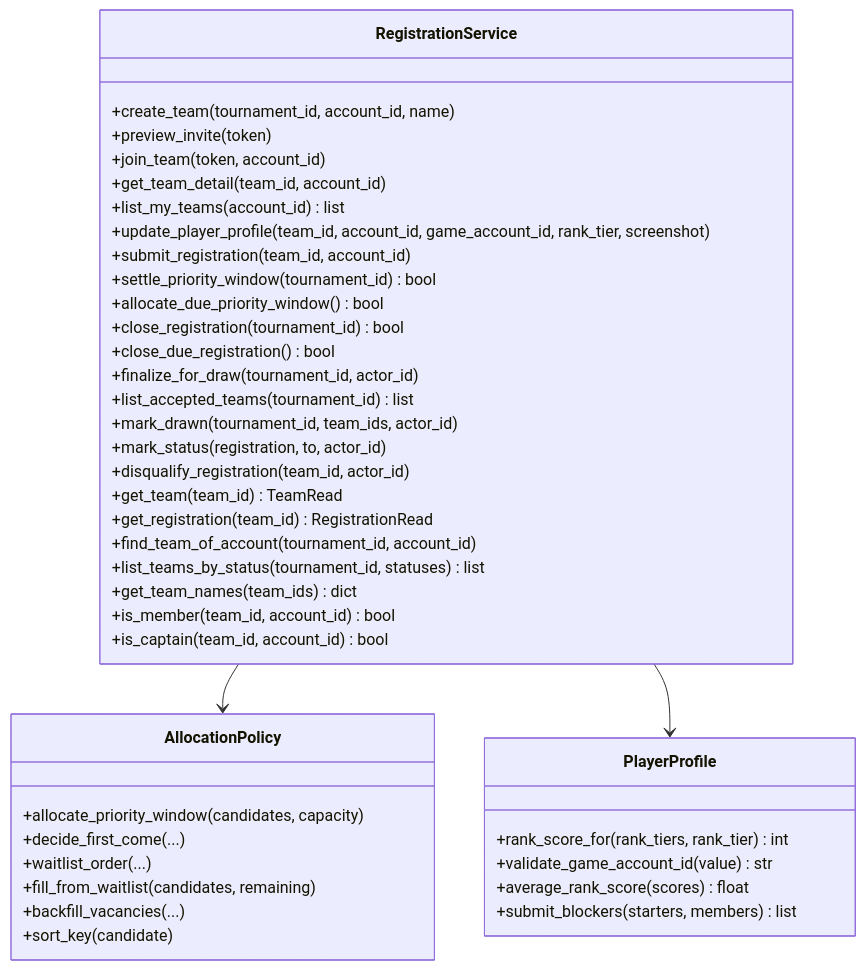
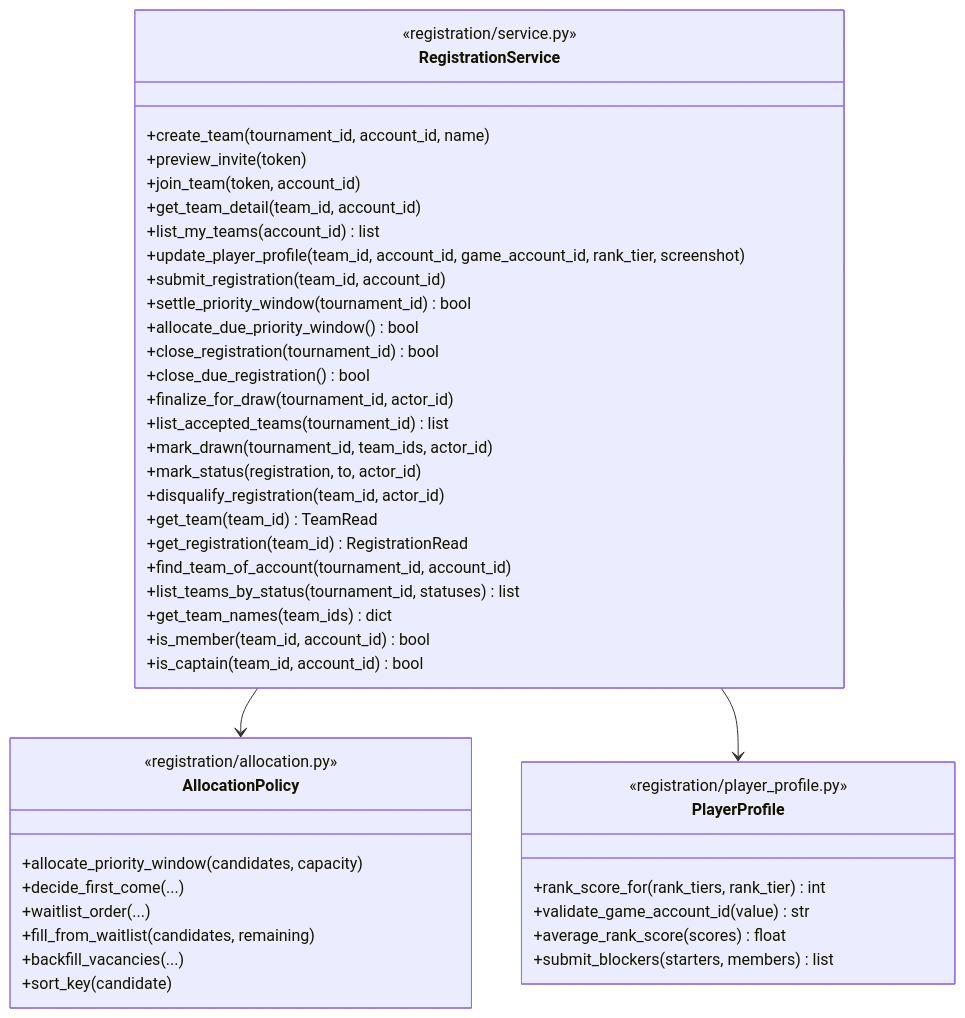
Before and after one commit to Team14good/esport-platform: the ninth of 15 diagrams in docs/midterm/D-物件設計文件.md, drawn with Mermaid. The commit also changed other lines of this file and 27 other files, not shown here.

First line of the commit message:
docs: B、C、D 其餘的圖全部對照程式標註 (#92)

````diff
--- a/docs/midterm/D-物件設計文件.md
+++ b/docs/midterm/D-物件設計文件.md
@@ -424,44 +452,47 @@
 ```mermaid
 classDiagram
   class RegistrationService {
+    <<registration/service.py>>
     +create_team(tournament_id, account_id, name)
     +preview_invite(token)
     +join_team(token, account_id)
     +get_team_detail(team_id, account_id)
     +list_my_teams(account_id) list
     +update_player_profile(team_id, account_id, game_account_id, rank_tier, screenshot)
     +submit_registration(team_id, account_id)
     +settle_priority_window(tournament_id) bool
     +allocate_due_priority_window() bool
     +close_registration(tournament_id) bool
     +close_due_registration() bool
     +finalize_for_draw(tournament_id, actor_id)
     +list_accepted_teams(tournament_id) list
     +mark_drawn(tournament_id, team_ids, actor_id)
     +mark_status(registration, to, actor_id)
     +disqualify_registration(team_id, actor_id)
     +get_team(team_id) TeamRead
     +get_registration(team_id) RegistrationRead
     +find_team_of_account(tournament_id, account_id)
     +list_teams_by_status(tournament_id, statuses) list
     +get_team_names(team_ids) dict
     +is_member(team_id, account_id) bool
     +is_captain(team_id, account_id) bool
   }
   class AllocationPolicy {
+    <<registration/allocation.py>>
     +allocate_priority_window(candidates, capacity)
     +decide_first_come(...)
     +waitlist_order(...)
     +fill_from_waitlist(candidates, remaining)
     +backfill_vacancies(...)
     +sort_key(candidate)
   }
   class PlayerProfile {
+    <<registration/player_profile.py>>
     +rank_score_for(rank_tiers, rank_tier) int
     +validate_game_account_id(value) str
     +average_rank_score(scores) float
     +submit_blockers(starters, members) list
   }
   RegistrationService --> AllocationPolicy
   RegistrationService --> PlayerProfile
 ```
````
